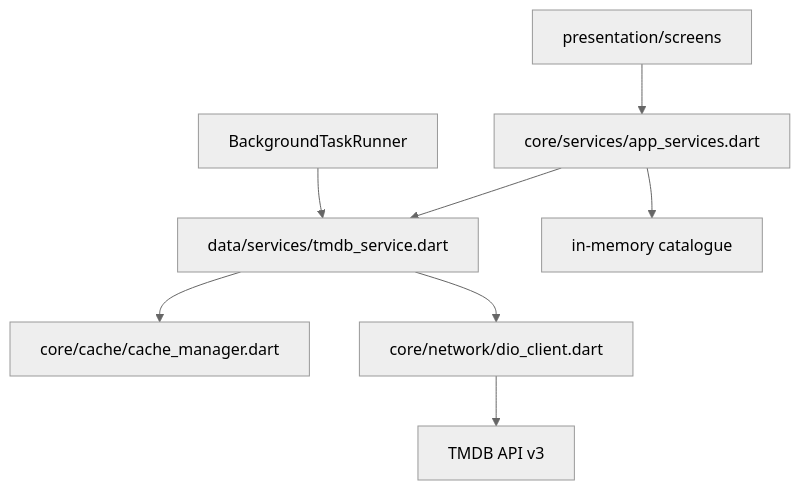
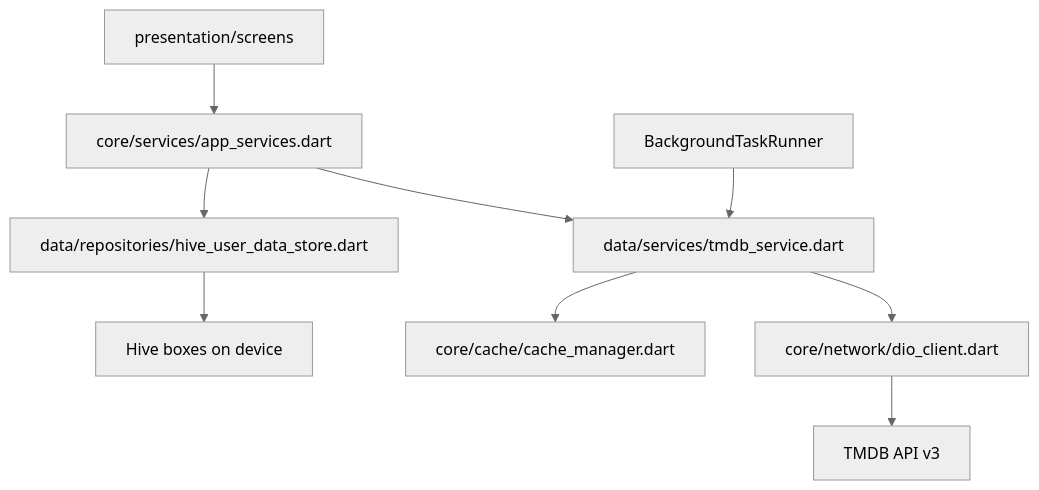
One commit to KobaruAkiba/iz-show-time changed the diagram in docs/architecture.md. Above: the diagram before and after it, drawn with Mermaid (neutral theme). The commit also changed other lines of this file and 15 other files, not shown here.

Commit message:
Added Hive for data storage on device

````diff
--- a/docs/architecture.md
+++ b/docs/architecture.md
@@ -7,10 +7,11 @@
 ```mermaid
 flowchart TB
   UI[presentation/screens] --> AppServices[core/services/app_services.dart]
   AppServices --> TmdbService[data/services/tmdb_service.dart]
-  AppServices --> Catalogue[in-memory catalogue]
+  AppServices --> UserDataStore[data/repositories/hive_user_data_store.dart]
+  UserDataStore --> HiveBoxes[Hive boxes on device]
   TmdbService --> CacheManager[core/cache/cache_manager.dart]
   TmdbService --> DioClient[core/network/dio_client.dart]
   DioClient --> TMDB[TMDB API v3]
   BackgroundTaskRunner --> TmdbService
 ```
````
